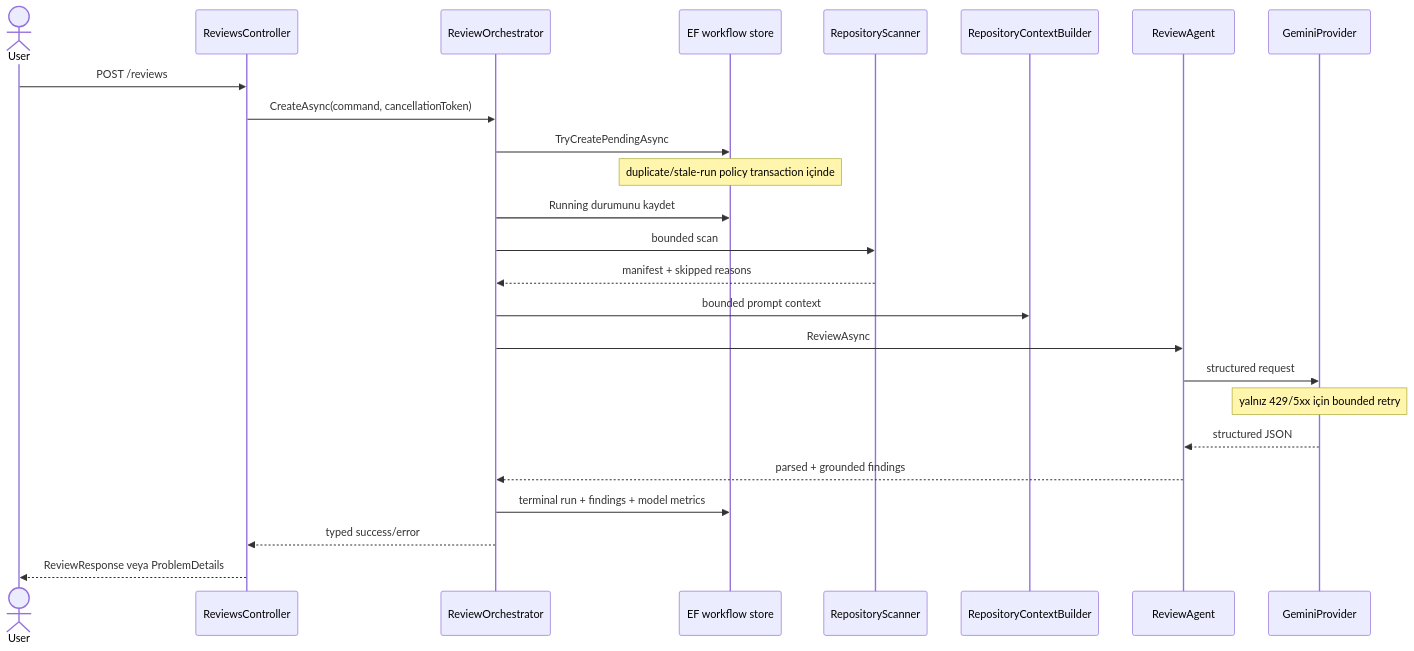
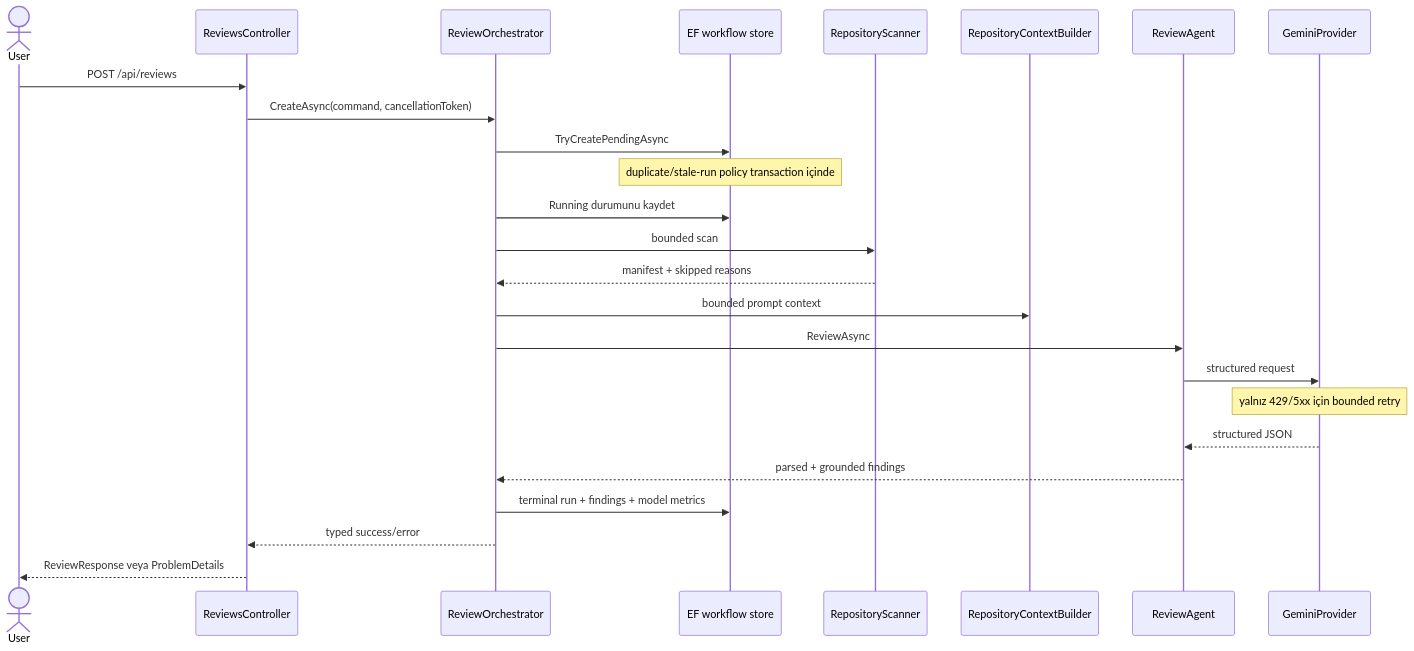
The third of 6 diagrams in docs/architecture.md (senagokaslan/CodeGuardAI), drawn with Mermaid before and after one commit. The commit also changed other lines of this file and 5 other files, not shown here.

Commit message:
docs: document completed docs agent flow

````diff
--- a/docs/architecture.md
+++ b/docs/architecture.md
@@ -116,28 +128,28 @@
 ```mermaid
 sequenceDiagram
     actor User
     participant API as ReviewsController
     participant WF as ReviewOrchestrator
     participant DB as EF workflow store
     participant Scan as RepositoryScanner
     participant Context as RepositoryContextBuilder
     participant Agent as ReviewAgent
     participant LLM as GeminiProvider
 
-    User->>API: POST /reviews
+    User->>API: POST /api/reviews
     API->>WF: CreateAsync(command, cancellationToken)
     WF->>DB: TryCreatePendingAsync
     Note over DB: duplicate/stale-run policy transaction içinde
     WF->>DB: Running durumunu kaydet
     WF->>Scan: bounded scan
     Scan-->>WF: manifest + skipped reasons
     WF->>Context: bounded prompt context
     WF->>Agent: ReviewAsync
     Agent->>LLM: structured request
     Note over LLM: yalnız 429/5xx için bounded retry
     LLM-->>Agent: structured JSON
     Agent-->>WF: parsed + grounded findings
     WF->>DB: terminal run + findings + model metrics
     WF-->>API: typed success/error
     API-->>User: ReviewResponse veya ProblemDetails
 ```
````
